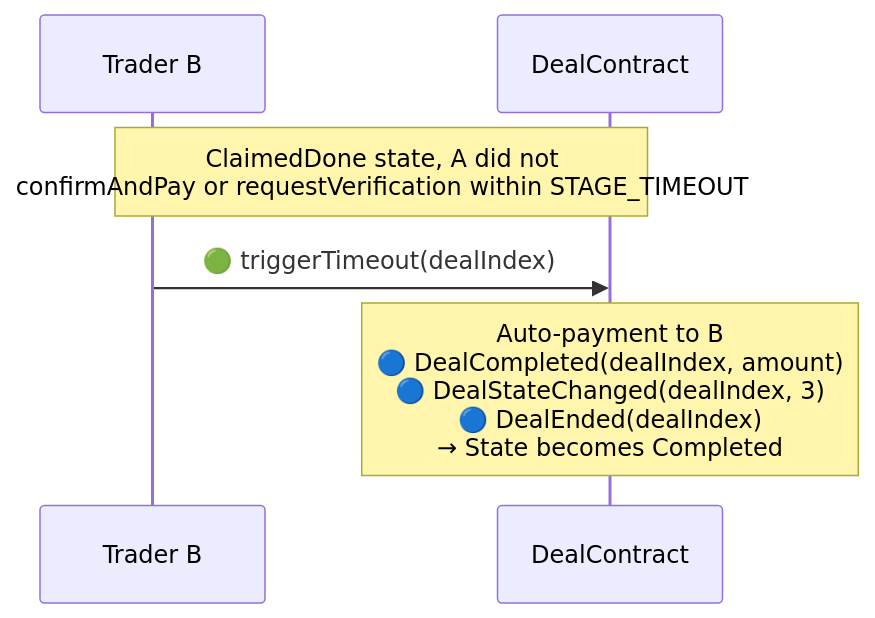
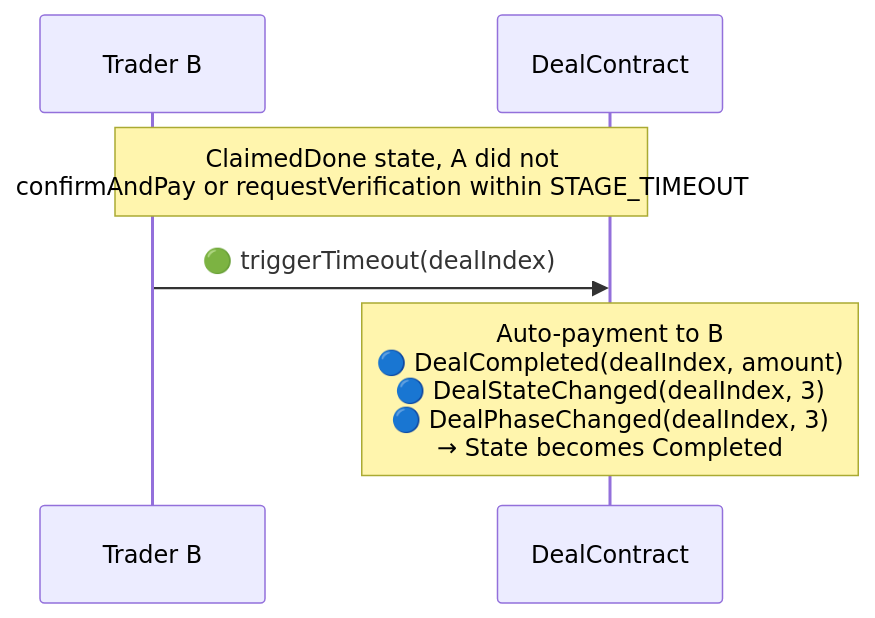
One commit to synctxai/synctx changed the fifth of 9 diagrams in examples/x-quote/x-quote-design.md. Above: the diagram before and after it, drawn with Mermaid. The commit also changed other lines of this file and 1 other file, not shown here.

First line of the commit message:
refactor: simplify DealBase and update x-quote design doc

````diff
--- a/examples/x-quote/x-quote-design.md
+++ b/examples/x-quote/x-quote-design.md
@@ -352,9 +342,9 @@
 ```mermaid
 sequenceDiagram
     participant B as Trader B
     participant D as DealContract
 
     Note over B,D: ClaimedDone state, A did not<br/>confirmAndPay or requestVerification within STAGE_TIMEOUT
     B->>D: 🟢 triggerTimeout(dealIndex)
-    Note over D: Auto-payment to B<br/>🔵 DealCompleted(dealIndex, amount)<br/>🔵 DealStateChanged(dealIndex, 3)<br/>🔵 DealEnded(dealIndex)<br/>→ State becomes Completed
+    Note over D: Auto-payment to B<br/>🔵 DealCompleted(dealIndex, amount)<br/>🔵 DealStateChanged(dealIndex, 3)<br/>🔵 DealPhaseChanged(dealIndex, 3)<br/>→ State becomes Completed
 ```
````
